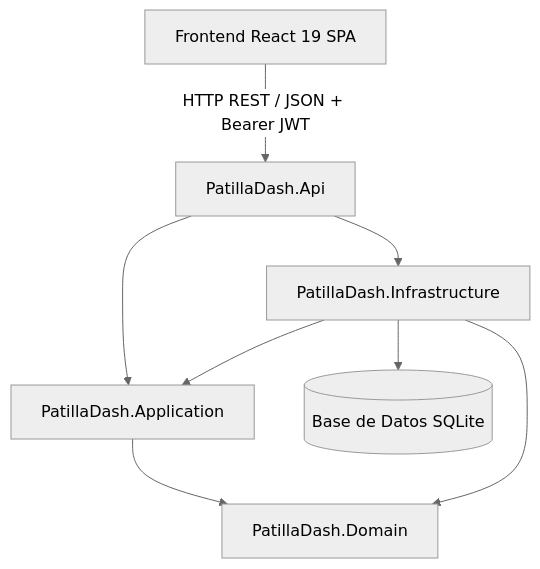
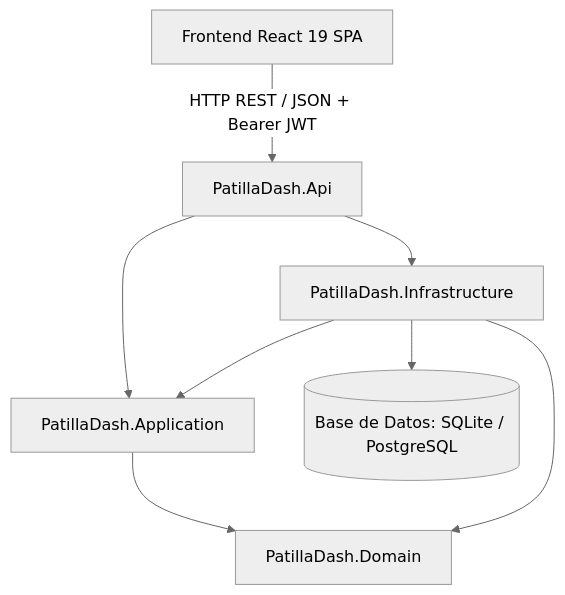
The diagram in README.md (pachecoedgardo2006-coder/PatillaDash), drawn with Mermaid (neutral theme) before and after one commit. The commit also changed other lines of this file and 45 other files, not shown here.

````diff
--- a/README.md
+++ b/README.md
@@ -67,10 +73,10 @@
 ```mermaid
 graph TD
     Client[Frontend React 19 SPA] -->|HTTP REST / JSON + Bearer JWT| API[PatillaDash.Api]
     API --> Application[PatillaDash.Application]
     API --> Infrastructure[PatillaDash.Infrastructure]
     Infrastructure --> Application
     Application --> Domain[PatillaDash.Domain]
     Infrastructure --> Domain
-    Infrastructure --> DB[(Base de Datos SQLite)]
+    Infrastructure --> DB[(Base de Datos: SQLite / PostgreSQL)]
 ```
````
